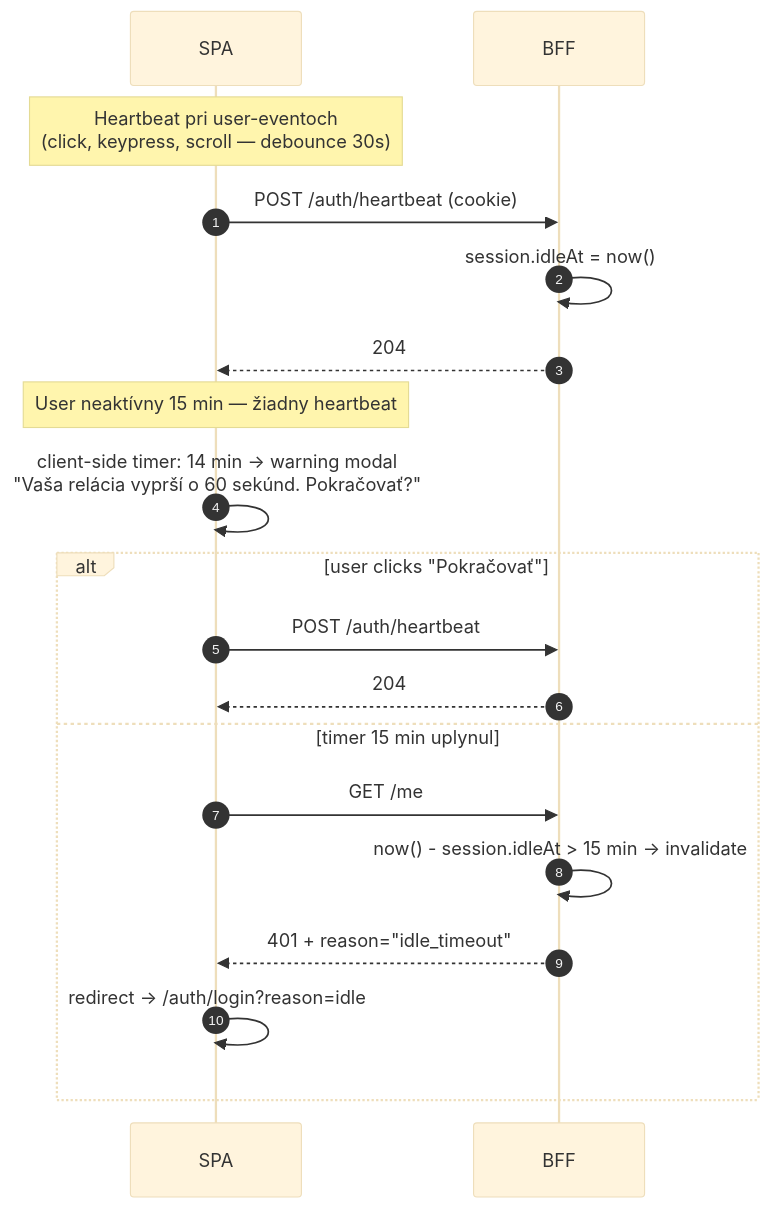
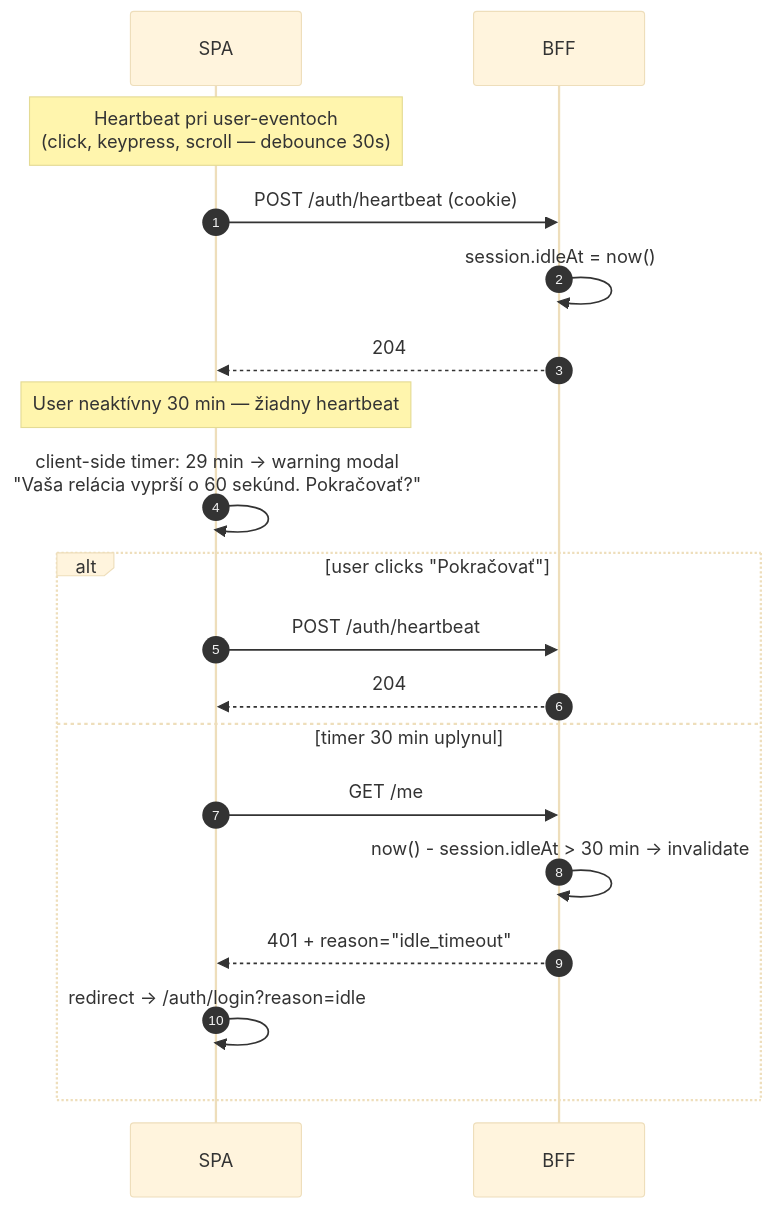
Before and after one commit to Spigotek/SDM-Rewrite: the fourth of 7 diagrams in docs/agents/security/auth-flow.md, drawn with Mermaid (base theme). The commit also changed other lines of this file and 6 other files, not shown here.

First line of the commit message:
[20260508-192438][round-2][05] security (r2): variant A canonical, STRIDE 1:1 04 containers, CSP nonce, konkrétne hodnoty (idle 30 min, retention 1y/3y)

````diff
--- a/docs/agents/security/auth-flow.md
+++ b/docs/agents/security/auth-flow.md
@@ -158,23 +174,23 @@
 ```mermaid
 sequenceDiagram
     autonumber
     participant SPA as SPA
     participant BFF as BFF
 
     Note over SPA: Heartbeat pri user-eventoch<br/>(click, keypress, scroll — debounce 30s)
     SPA->>BFF: POST /auth/heartbeat (cookie)
     BFF->>BFF: session.idleAt = now()
     BFF-->>SPA: 204
 
-    Note over SPA: User neaktívny 15 min — žiadny heartbeat
-    SPA->>SPA: client-side timer: 14 min → warning modal<br/>"Vaša relácia vyprší o 60 sekúnd. Pokračovať?"
+    Note over SPA: User neaktívny 30 min — žiadny heartbeat
+    SPA->>SPA: client-side timer: 29 min → warning modal<br/>"Vaša relácia vyprší o 60 sekúnd. Pokračovať?"
     alt user clicks "Pokračovať"
         SPA->>BFF: POST /auth/heartbeat
         BFF-->>SPA: 204
-    else timer 15 min uplynul
+    else timer 30 min uplynul
         SPA->>BFF: GET /me
-        BFF->>BFF: now() - session.idleAt > 15 min → invalidate
+        BFF->>BFF: now() - session.idleAt > 30 min → invalidate
         BFF-->>SPA: 401 + reason="idle_timeout"
         SPA->>SPA: redirect → /auth/login?reason=idle
     end
 ```
````
